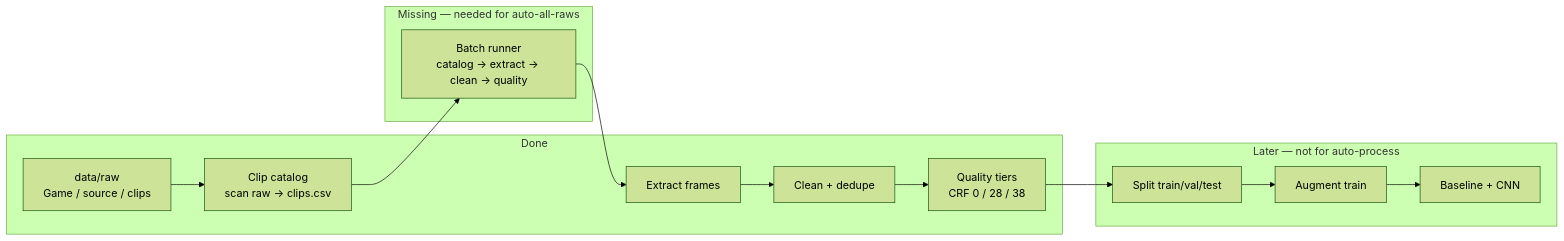
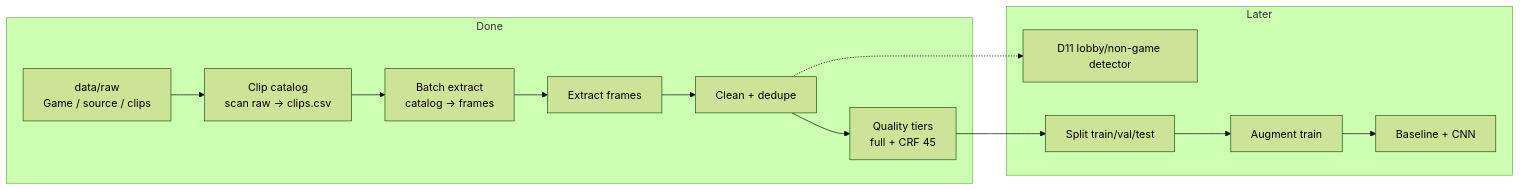
One commit to EdisonLing/game-frame-classifier changed the diagram in docs/pipeline-status.md. Above: the diagram before and after it, drawn with Mermaid (forest theme). The commit also changed other lines of this file and 7 other files, not shown here.

First line of the commit message:
feat: add catalog batch frame extract

````diff
--- a/docs/pipeline-status.md
+++ b/docs/pipeline-status.md
@@ -9,22 +9,22 @@
 ```mermaid
 flowchart LR
   subgraph done ["Done"]
     R[data/raw<br/>Game / source / clips]
     Cat[Clip catalog<br/>scan raw → clips.csv]
+    Batch[Batch extract<br/>catalog → frames]
     E[Extract frames]
     C[Clean + dedupe]
-    Q[Quality tiers<br/>CRF 0 / 28 / 38]
+    Q[Quality tiers<br/>full + CRF 45]
   end
 
-  subgraph missing ["Missing — needed for auto-all-raws"]
-    Batch[Batch runner<br/>catalog → extract → clean → quality]
-  end
-
-  subgraph later ["Later — not for auto-process"]
+  subgraph later ["Later"]
+    D11[D11 lobby/non-game detector]
     S[Split train/val/test]
     A[Augment train]
     M[Baseline + CNN]
   end
 
-  R --> Cat --> Batch --> E --> C --> Q --> S --> A --> M
+  R --> Cat --> Batch --> E
+  E --> C --> Q --> S --> A --> M
+  C -.-> D11
 ```
````
